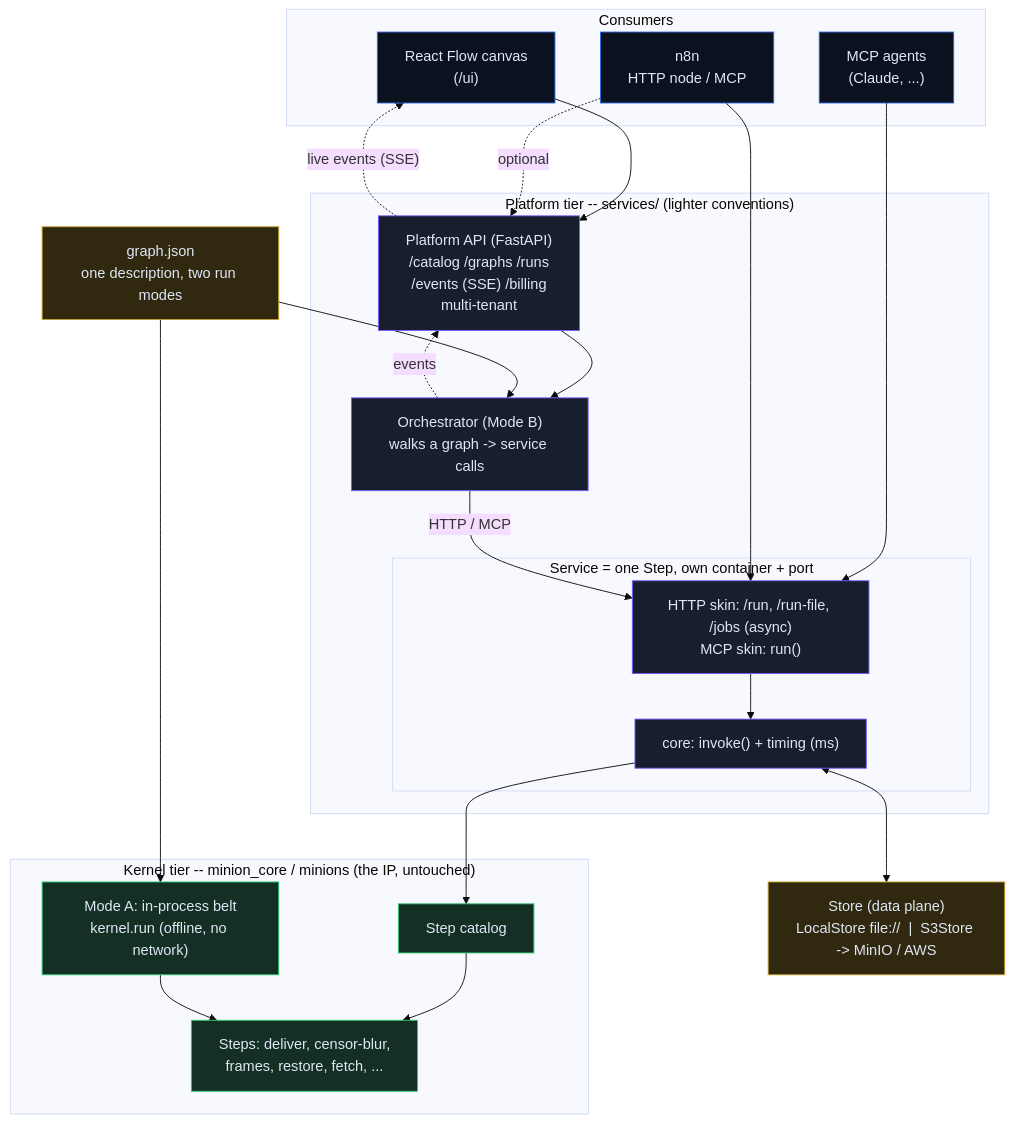
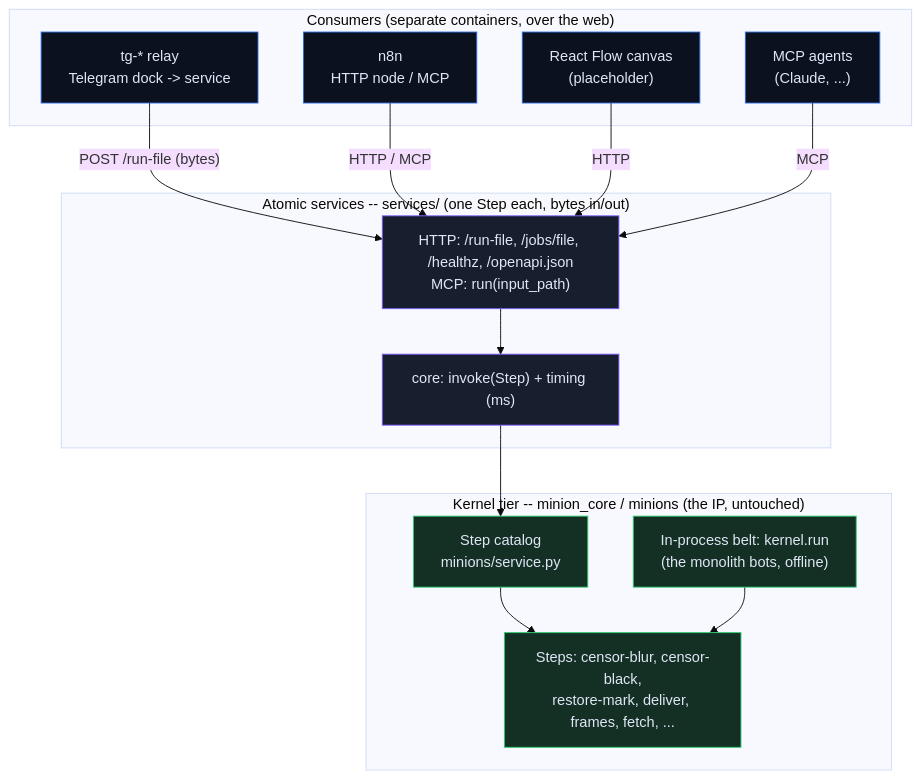
Before and after one commit to coppermilk/minion2: the diagram in ARCHITECTURE.md, drawn with Mermaid (base theme). The commit also changed other lines of this file and 16 other files, not shown here.

First line of the commit message:
feat(compose): one project -- atomic services, tg relays, n8n, React Flow

````diff
--- a/ARCHITECTURE.md
+++ b/ARCHITECTURE.md
@@ -7,46 +8,32 @@
 ```mermaid
 flowchart TB
   classDef ip   fill:#143024,stroke:#2ecc71,color:#dfe6f5
-  classDef plat fill:#171e2e,stroke:#7a5cff,color:#dfe6f5
+  classDef svc  fill:#171e2e,stroke:#7a5cff,color:#dfe6f5
   classDef ext  fill:#0c1120,stroke:#2d6cdf,color:#dfe6f5
-  classDef data fill:#30290f,stroke:#c9a227,color:#dfe6f5
 
-  subgraph EXT["Consumers"]
-    UI["React Flow canvas<br/>(/ui)"]:::ext
+  subgraph EXT["Consumers (separate containers, over the web)"]
+    TG["tg-* relay<br/>Telegram dock -> service"]:::ext
     N8N["n8n<br/>HTTP node / MCP"]:::ext
+    RF["React Flow canvas<br/>(placeholder)"]:::ext
     AG["MCP agents<br/>(Claude, ...)"]:::ext
   end
 
-  subgraph PLAT["Platform tier -- services/ (lighter conventions)"]
-    API["Platform API (FastAPI)<br/>/catalog /graphs /runs<br/>/events (SSE) /billing<br/>multi-tenant"]:::plat
-    ORCH["Orchestrator (Mode B)<br/>walks a graph -> service calls"]:::plat
-    subgraph SVC["Service = one Step, own container + port"]
-      SKINS["HTTP skin: /run, /run-file, /jobs (async)<br/>MCP skin: run()"]:::plat
-      CORE["core: invoke() + timing (ms)"]:::plat
-    end
+  subgraph SVCS["Atomic services -- services/ (one Step each, bytes in/out)"]
+    SKINS["HTTP: /run-file, /jobs/file, /healthz, /openapi.json<br/>MCP: run(input_path)"]:::svc
+    CORE["core: invoke(Step) + timing (ms)"]:::svc
   end
 
   subgraph KERN["Kernel tier -- minion_core / minions (the IP, untouched)"]
-    CAT["Step catalog"]:::ip
-    STEPS["Steps: deliver, censor-blur,<br/>frames, restore, fetch, ..."]:::ip
-    BELT["Mode A: in-process belt<br/>kernel.run (offline, no network)"]:::ip
+    CAT["Step catalog<br/>minions/service.py"]:::ip
+    STEPS["Steps: censor-blur, censor-black,<br/>restore-mark, deliver, frames, fetch, ..."]:::ip
+    BELT["In-process belt: kernel.run<br/>(the monolith bots, offline)"]:::ip
   end
 
-  GRAPH["graph.json<br/>one description, two run modes"]:::data
-  STORE["Store (data plane)<br/>LocalStore file://  |  S3Store -> MinIO / AWS"]:::data
-
-  UI --> API
-  AG --> SKINS
-  N8N --> SKINS
-  N8N -. optional .-> API
-  API --> ORCH
-  API -. live events (SSE) .-> UI
-  ORCH -- HTTP / MCP --> SKINS
-  ORCH -. events .-> API
+  TG -- "POST /run-file (bytes)" --> SKINS
+  N8N -- "HTTP / MCP" --> SKINS
+  RF -- "HTTP" --> SKINS
+  AG -- "MCP" --> SKINS
   SKINS --> CORE
   CORE --> CAT --> STEPS
-  CORE <--> STORE
-  GRAPH --> ORCH
-  GRAPH --> BELT
   BELT --> STEPS
 ```
````
